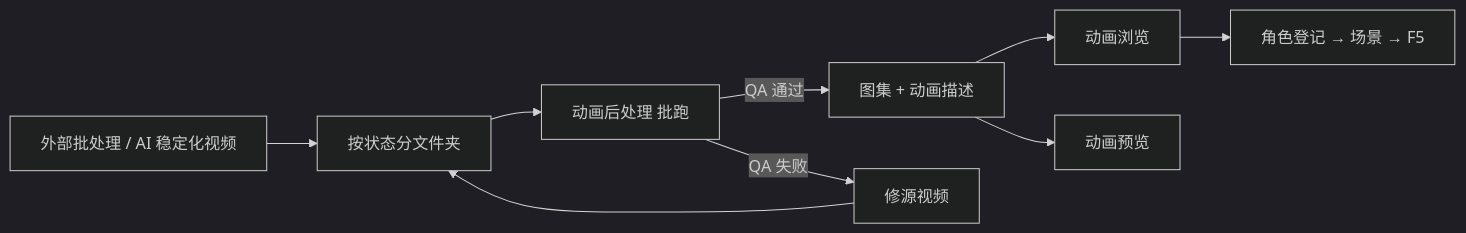
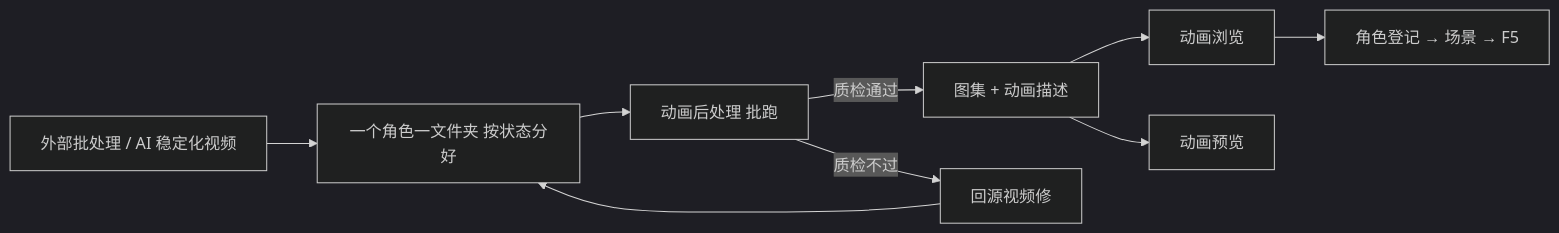
Before and after one commit to wubugui/GDoc: the diagram in docs/editors/asset-domain/animation-pipeline.md, drawn with Mermaid (dark theme). The commit also changed other lines of this file and 112 other files, not shown here.

````diff
--- a/docs/editors/asset-domain/animation-pipeline.md
+++ b/docs/editors/asset-domain/animation-pipeline.md
@@ -83,11 +38,11 @@
 ```mermaid
 flowchart LR
-  GEN[外部批处理 / AI 稳定化视频] --> CLIPS[按状态分文件夹]
+  GEN[外部批处理 / AI 稳定化视频] --> CLIPS[一个角色一文件夹 按状态分好]
   CLIPS --> PIPE[动画后处理 批跑]
-  PIPE -->|QA 通过| OUT[图集 + 动画描述]
-  PIPE -->|QA 失败| FIX[修源视频]
+  PIPE -->|质检通过| OUT[图集 + 动画描述]
+  PIPE -->|质检不过| FIX[回源视频修]
   FIX --> CLIPS
   OUT --> BR[动画浏览]
   OUT --> AP[动画预览]
   BR --> GAME[角色登记 → 场景 → F5]
 ```
````
